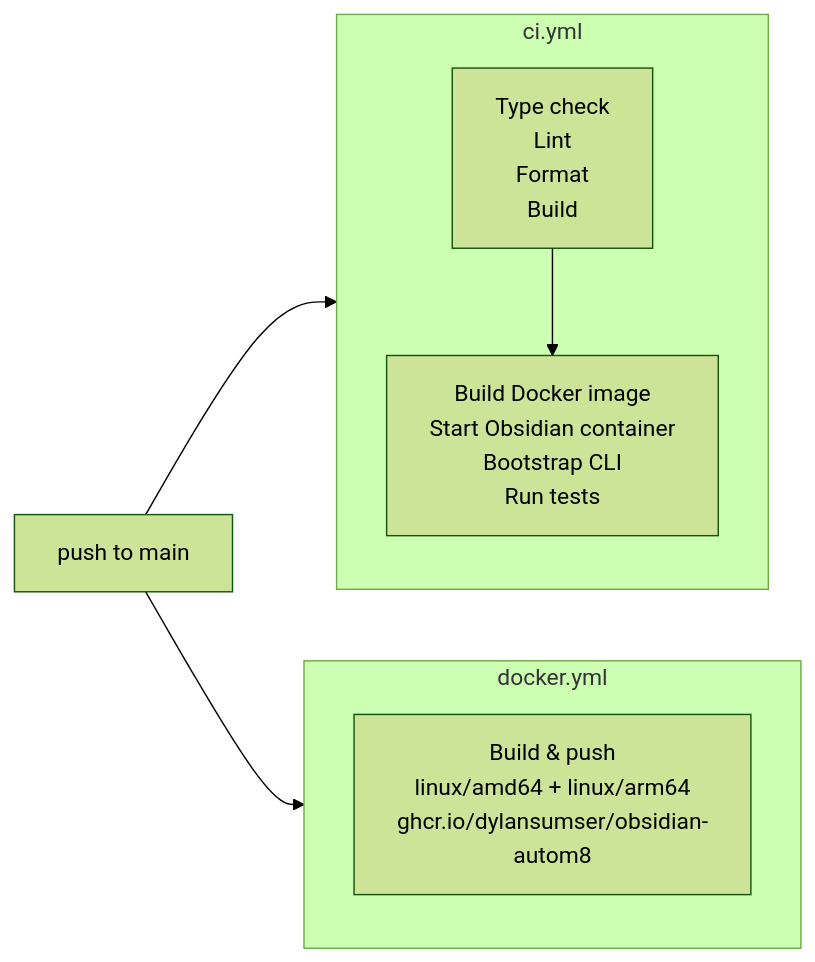
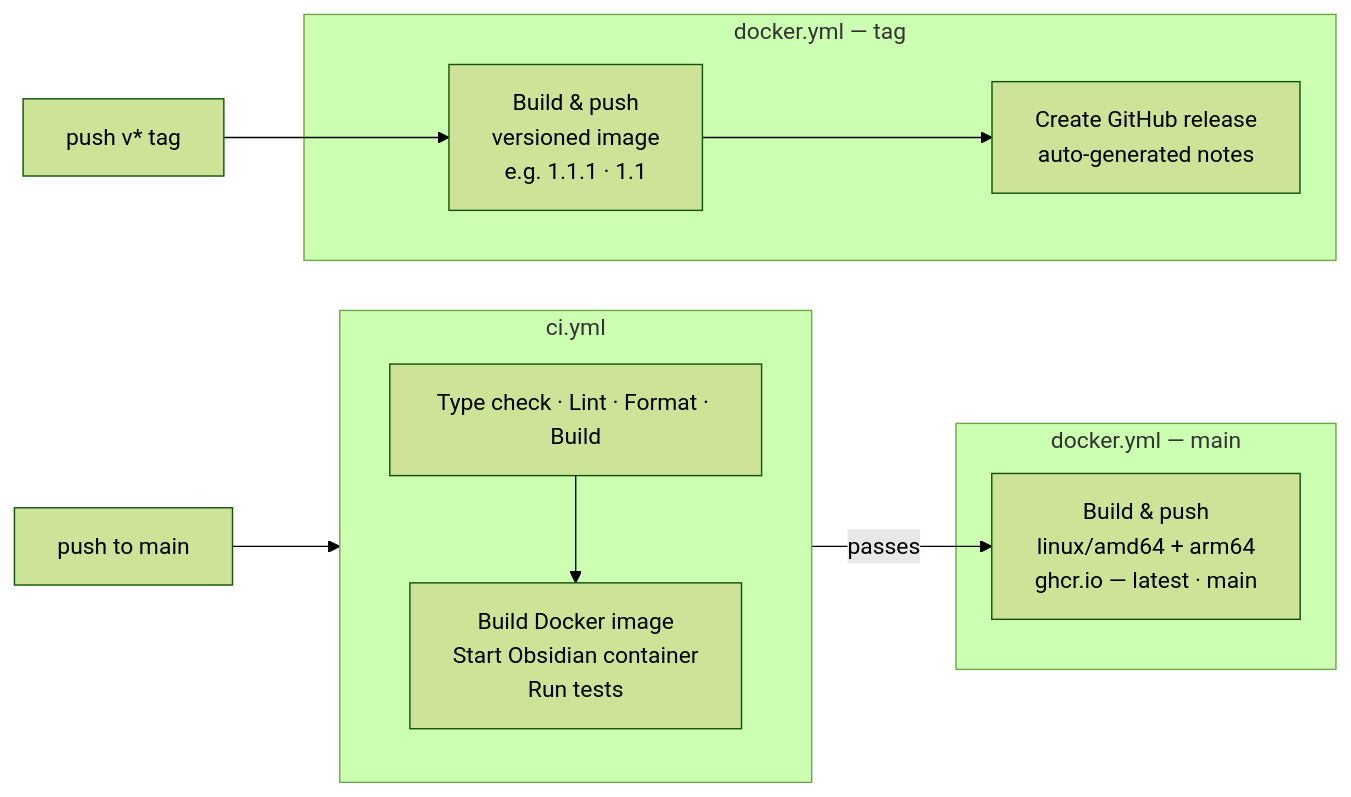
The fourth of 4 diagrams in CONTRIBUTING.md (dylansumser/obsidian-autom8), drawn with Mermaid (forest theme) before and after one commit. The commit also changed other lines of this file and 1 other file, not shown here.

````diff
--- a/CONTRIBUTING.md
+++ b/CONTRIBUTING.md
@@ -169,17 +166,23 @@
 ```mermaid
 flowchart LR
-    PUSH[push to main]
+    PUSH[push to main] --> CI
 
-    subgraph ci.yml
-        CHECK[Type check\nLint\nFormat\nBuild]
-        TEST[Build Docker image\nStart Obsidian container\nBootstrap CLI\nRun tests]
+    subgraph CI [ci.yml]
+        CHECK[Type check · Lint · Format · Build]
+        TEST[Build Docker image\nStart Obsidian container\nRun tests]
         CHECK --> TEST
     end
 
-    subgraph docker.yml
-        BLDPUSH[Build & push\nlinux/amd64 + linux/arm64\nghcr.io/dylansumser/obsidian-autom8]
+    subgraph Docker [docker.yml — main]
+        BLDPUSH[Build & push\nlinux/amd64 + arm64\nghcr.io — latest · main]
     end
 
-    PUSH --> ci.yml
-    PUSH --> docker.yml
+    subgraph Release [docker.yml — tag]
+        BLDPUSH_V[Build & push\nversioned image\ne.g. 1.1.1 · 1.1]
+        RELEASE[Create GitHub release\nauto-generated notes]
+        BLDPUSH_V --> RELEASE
+    end
+
+    CI -->|passes| BLDPUSH
+    TAG[push v* tag] --> BLDPUSH_V
 ```
````
